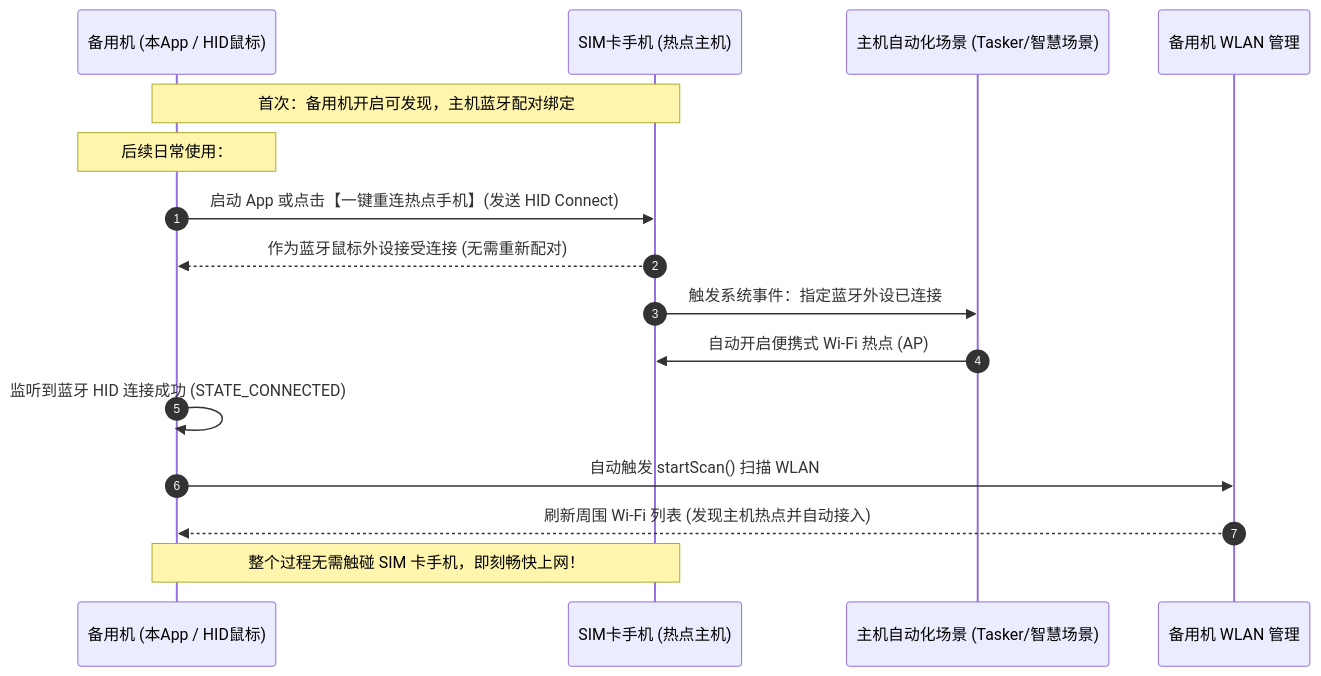
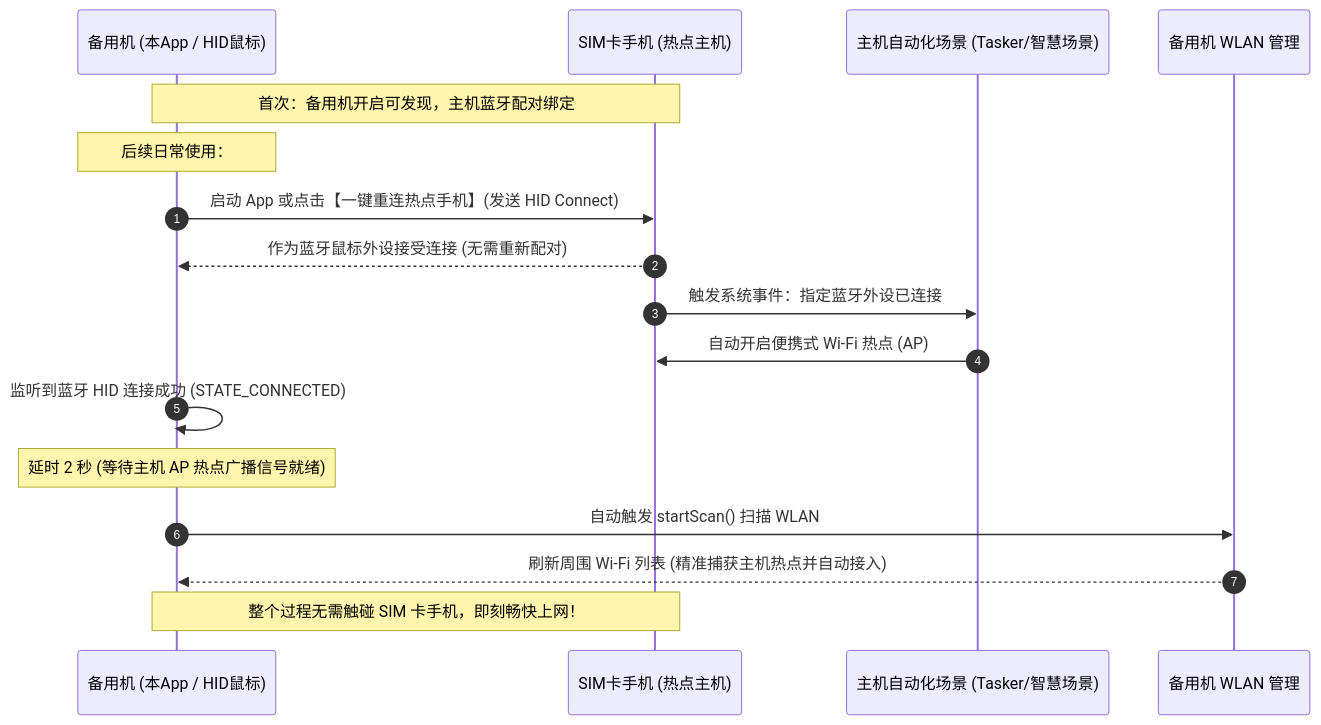
The diagram in README.md (jimifm/BlueWiFi), drawn with Mermaid before and after one commit. The commit also changed other lines of this file and 2 other files, not shown here.

Commit message:
refactor: move WLAN list above touchpad and delay wifi scan by 2s after bluetooth connection

````diff
--- a/README.md
+++ b/README.md
@@ -15,19 +15,20 @@
 ```mermaid
 sequenceDiagram
     autonumber
     participant Slave as 备用机 (本App / HID鼠标)
     participant Master as SIM卡手机 (热点主机)
     participant Scene as 主机自动化场景 (Tasker/智慧场景)
     participant Wifi as 备用机 WLAN 管理
 
     Note over Slave, Master: 首次：备用机开启可发现，主机蓝牙配对绑定
     Note over Slave: 后续日常使用：
     Slave->>Master: 启动 App 或点击【一键重连热点手机】(发送 HID Connect)
     Master-->>Slave: 作为蓝牙鼠标外设接受连接 (无需重新配对)
     Master->>Scene: 触发系统事件：指定蓝牙外设已连接
     Scene->>Master: 自动开启便携式 Wi-Fi 热点 (AP)
     Slave->>Slave: 监听到蓝牙 HID 连接成功 (STATE_CONNECTED)
+    Note over Slave: 延时 2 秒 (等待主机 AP 热点广播信号就绪)
     Slave->>Wifi: 自动触发 startScan() 扫描 WLAN
-    Wifi-->>Slave: 刷新周围 Wi-Fi 列表 (发现主机热点并自动接入)
+    Wifi-->>Slave: 刷新周围 Wi-Fi 列表 (精准捕获主机热点并自动接入)
     Note over Slave, Master: 整个过程无需触碰 SIM 卡手机，即刻畅快上网！
 ```
````
